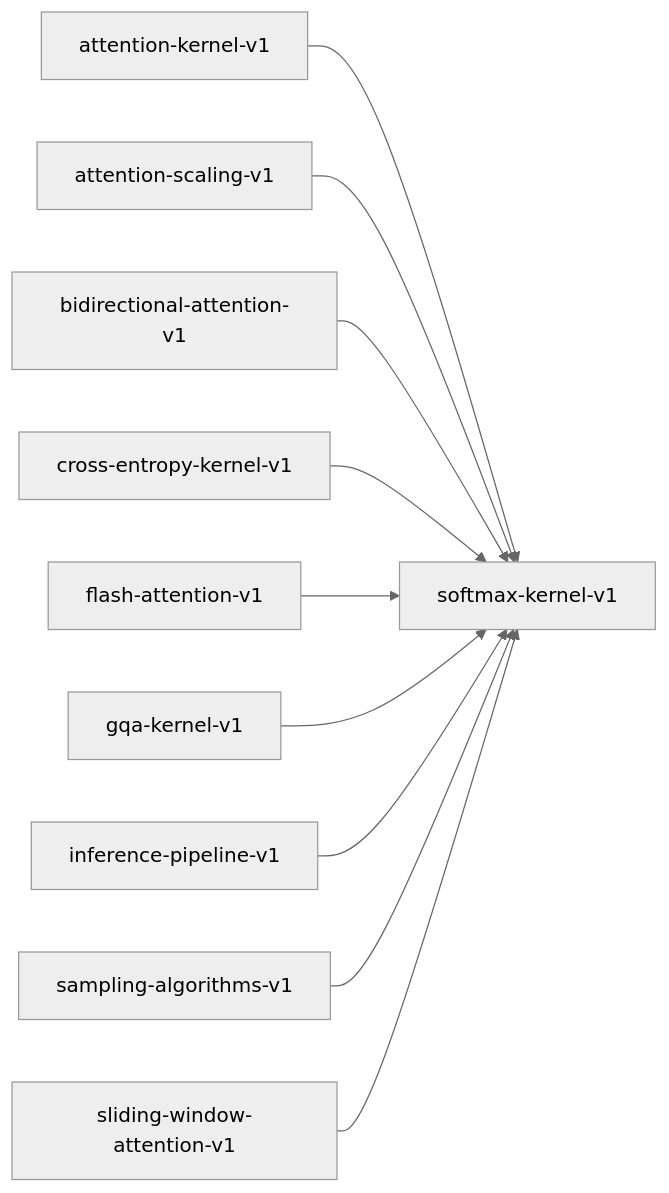
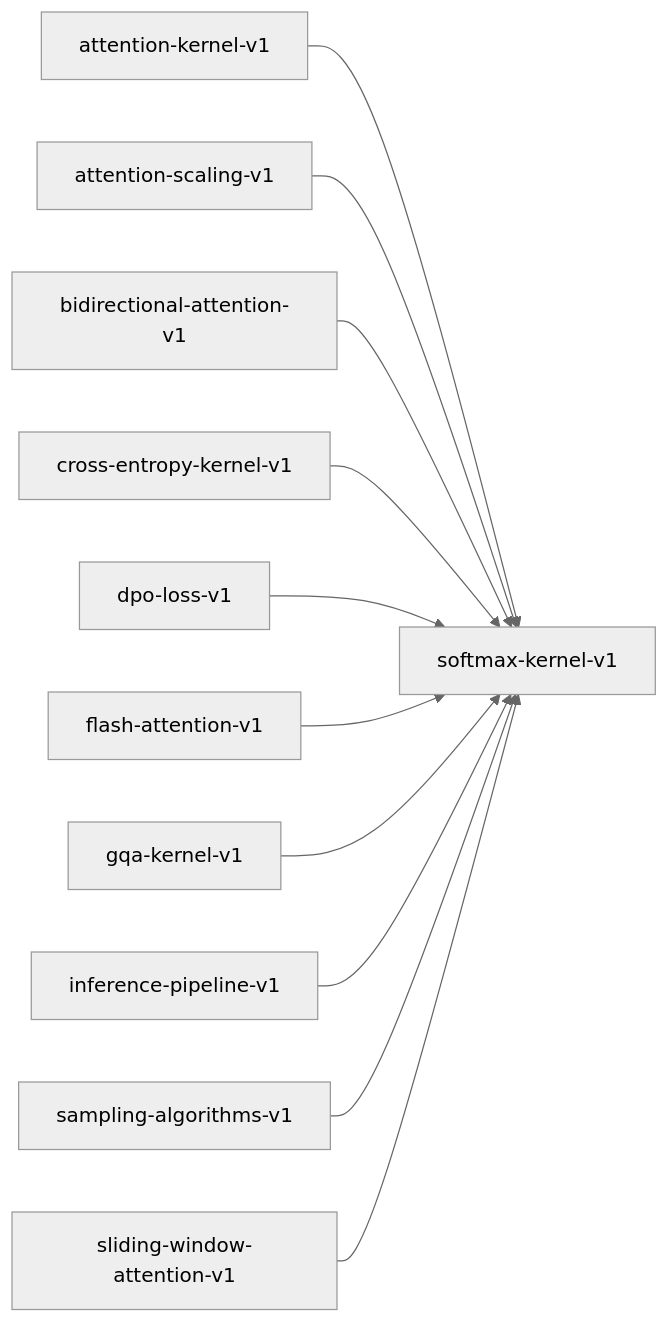
One commit to paiml/provable-contracts changed the diagram in book/src/contracts/softmax-kernel-v1.md. Above: the diagram before and after it, drawn with Mermaid (neutral theme). The commit also changed other lines of this file and 136 other files, not shown here.

````diff
--- a/book/src/contracts/softmax-kernel-v1.md
+++ b/book/src/contracts/softmax-kernel-v1.md
@@ -14,12 +14,13 @@
 ```mermaid
 graph LR
     attention_kernel_v1["attention-kernel-v1"] --> softmax_kernel_v1["softmax-kernel-v1"]
     attention_scaling_v1["attention-scaling-v1"] --> softmax_kernel_v1["softmax-kernel-v1"]
     bidirectional_attention_v1["bidirectional-attention-v1"] --> softmax_kernel_v1["softmax-kernel-v1"]
     cross_entropy_kernel_v1["cross-entropy-kernel-v1"] --> softmax_kernel_v1["softmax-kernel-v1"]
+    dpo_loss_v1["dpo-loss-v1"] --> softmax_kernel_v1["softmax-kernel-v1"]
     flash_attention_v1["flash-attention-v1"] --> softmax_kernel_v1["softmax-kernel-v1"]
     gqa_kernel_v1["gqa-kernel-v1"] --> softmax_kernel_v1["softmax-kernel-v1"]
     inference_pipeline_v1["inference-pipeline-v1"] --> softmax_kernel_v1["softmax-kernel-v1"]
     sampling_algorithms_v1["sampling-algorithms-v1"] --> softmax_kernel_v1["softmax-kernel-v1"]
     sliding_window_attention_v1["sliding-window-attention-v1"] --> softmax_kernel_v1["softmax-kernel-v1"]
 ```
````
